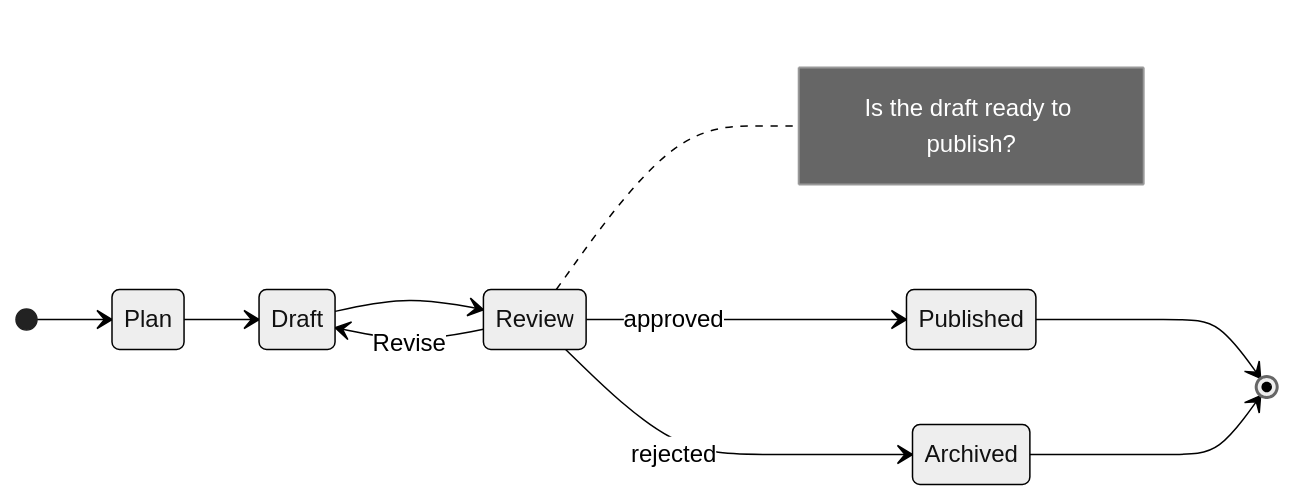
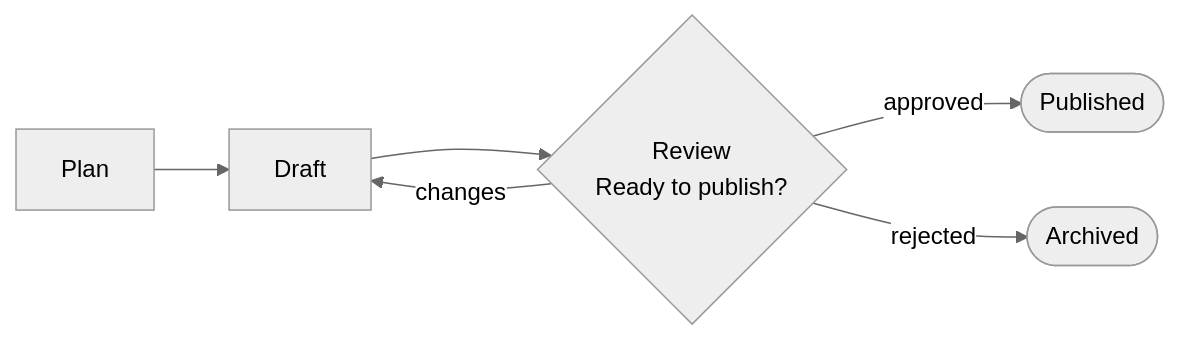
The diagram in README.md (ilexistools/Visage), drawn with Mermaid (neutral theme) before and after one commit. The commit also changed other lines of this file, not shown here.

Commit message:
Use a flowchart for the README diagram so GitHub renders it

````diff
--- a/README.md
+++ b/README.md
@@ -17,18 +17,8 @@
 ```mermaid
-stateDiagram-v2
-  direction LR
-  state "Plan" as plan
-  state "Draft" as draft
-  state "Review" as review
-  state "Published" as publish
-  state "Archived" as archive
-  [*] --> plan
-  plan --> draft
-  draft --> review
-  review --> publish : approved
-  review --> draft : Revise
-  review --> archive : rejected
-  note right of review : Is the draft ready to publish?
-  publish --> [*]
-  archive --> [*]
+flowchart LR
+  plan[Plan] --> draft[Draft]
+  draft --> review{"Review<br/>Ready to publish?"}
+  review -- approved --> publish([Published])
+  review -- changes --> draft
+  review -- rejected --> archive([Archived])
 ```
````
